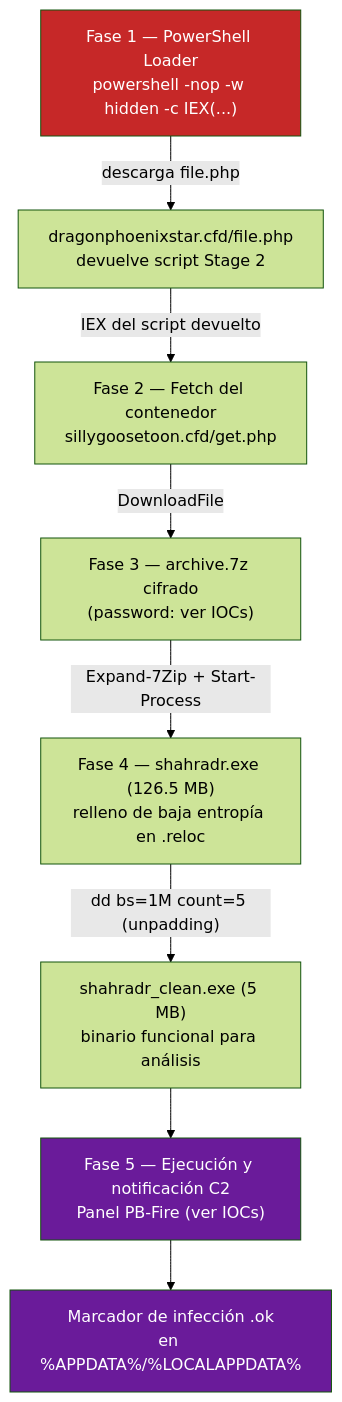
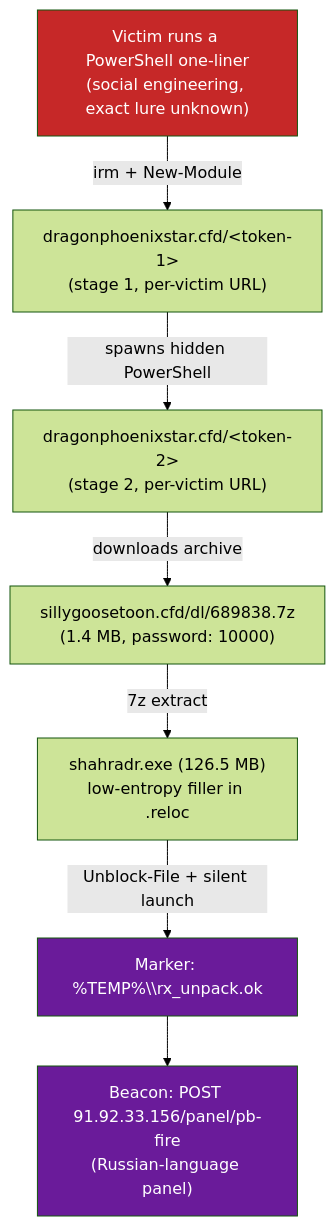
The diagram in README.md (Mounstroya/infostealer-shahradr-analysis), drawn with Mermaid (forest theme) before and after one commit. The commit also changed other lines of this file and 22 other files, not shown here.

````diff
--- a/README.md
+++ b/README.md
@@ -21,14 +24,13 @@
 ```mermaid
 flowchart TD
-    A["Fase 1 — PowerShell Loader\npowershell -nop -w hidden -c IEX(...)"] -->|"descarga file.php"| B["dragonphoenixstar.cfd/file.php\ndevuelve script Stage 2"]
-    B -->|"IEX del script devuelto"| C["Fase 2 — Fetch del contenedor\nsillygoosetoon.cfd/get.php"]
-    C -->|"DownloadFile"| D["Fase 3 — archive.7z cifrado\n(password: ver IOCs)"]
-    D -->|"Expand-7Zip + Start-Process"| E["Fase 4 — shahradr.exe (126.5 MB)\nrelleno de baja entropía en .reloc"]
-    E -->|"dd bs=1M count=5 (unpadding)"| F["shahradr_clean.exe (5 MB)\nbinario funcional para análisis"]
-    F --> G["Fase 5 — Ejecución y notificación C2\nPanel PB-Fire (ver IOCs)"]
-    G --> H["Marcador de infección .ok\nen %APPDATA%/%LOCALAPPDATA%"]
+    A["Victim runs a PowerShell one-liner\n(social engineering, exact lure unknown)"] -->|"irm + New-Module"| B["dragonphoenixstar.cfd/&lt;token-1&gt;\n(stage 1, per-victim URL)"]
+    B -->|"spawns hidden PowerShell"| C["dragonphoenixstar.cfd/&lt;token-2&gt;\n(stage 2, per-victim URL)"]
+    C -->|"downloads archive"| D["sillygoosetoon.cfd/dl/689838.7z\n(1.4 MB, password: 10000)"]
+    D -->|"7z extract"| E["shahradr.exe (126.5 MB)\nlow-entropy filler in .reloc"]
+    E -->|"Unblock-File + silent launch"| F["Marker: %TEMP%\\rx_unpack.ok"]
+    F --> G["Beacon: POST 91.92.33.156/panel/pb-fire\n(Russian-language panel)"]
 
     style A fill:#c62828,color:#fff
     style G fill:#6a1b9a,color:#fff
-    style H fill:#6a1b9a,color:#fff
+    style F fill:#6a1b9a,color:#fff
 ```
````
